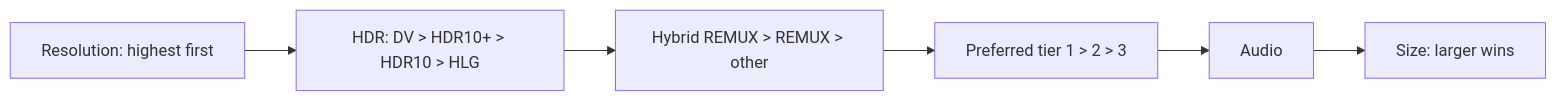
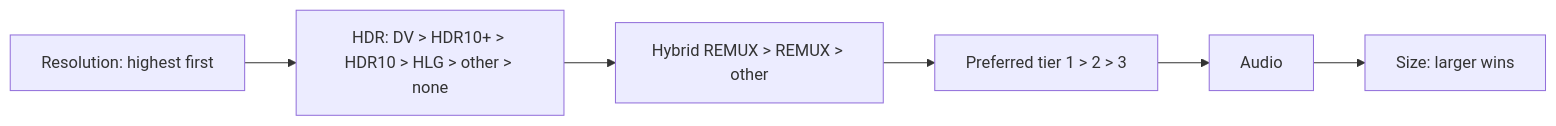
The second of 2 diagrams in docs-site/how-it-works/search-pipeline.md (Appz4Fun/nzbdavkodi), drawn with Mermaid before and after one commit. The commit also changed other lines of this file and 4 other files, not shown here.

````diff
--- a/docs-site/how-it-works/search-pipeline.md
+++ b/docs-site/how-it-works/search-pipeline.md
@@ -90,9 +107,9 @@
 ```mermaid
 flowchart LR
     A[Resolution: highest first]
-    A --> B[HDR: DV > HDR10+ > HDR10 > HLG]
+    A --> B[HDR: DV > HDR10+ > HDR10 > HLG > other > none]
     B --> R[Hybrid REMUX > REMUX > other]
     R --> C[Preferred tier 1 > 2 > 3]
     C --> D[Audio]
     D --> E[Size: larger wins]
 ```
````
